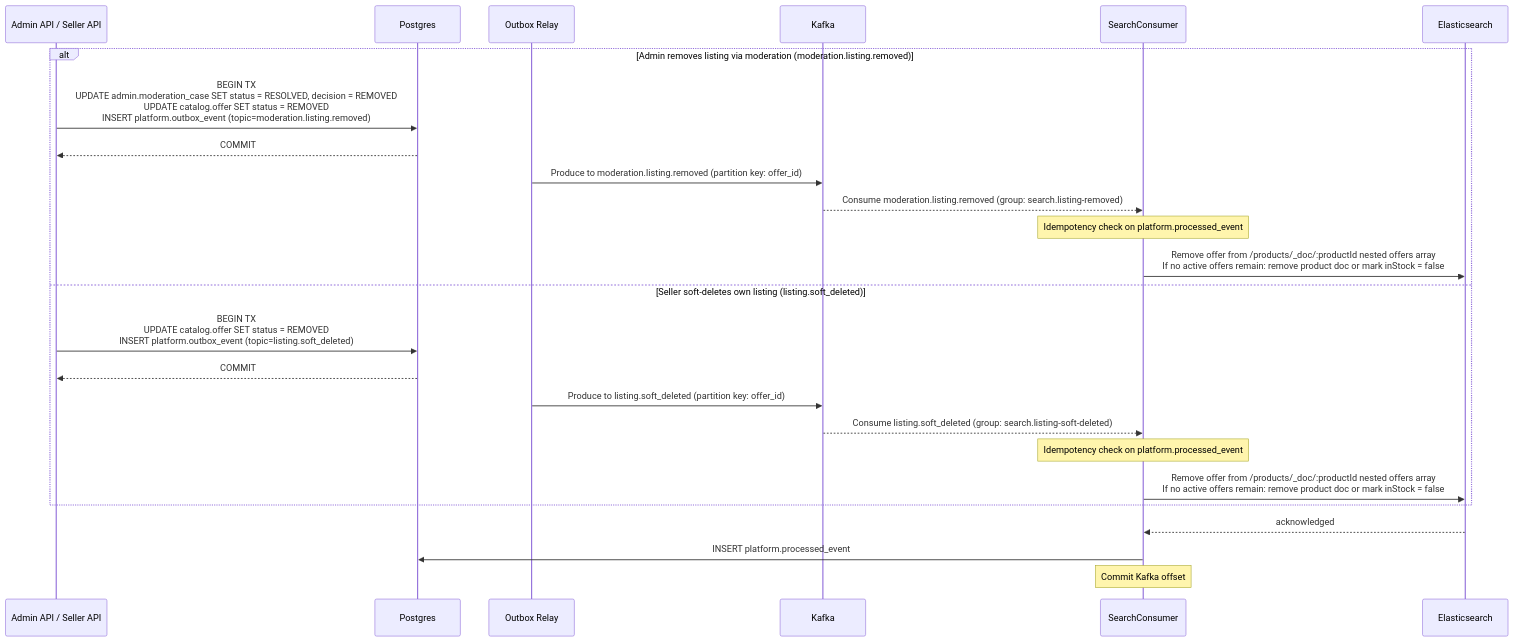
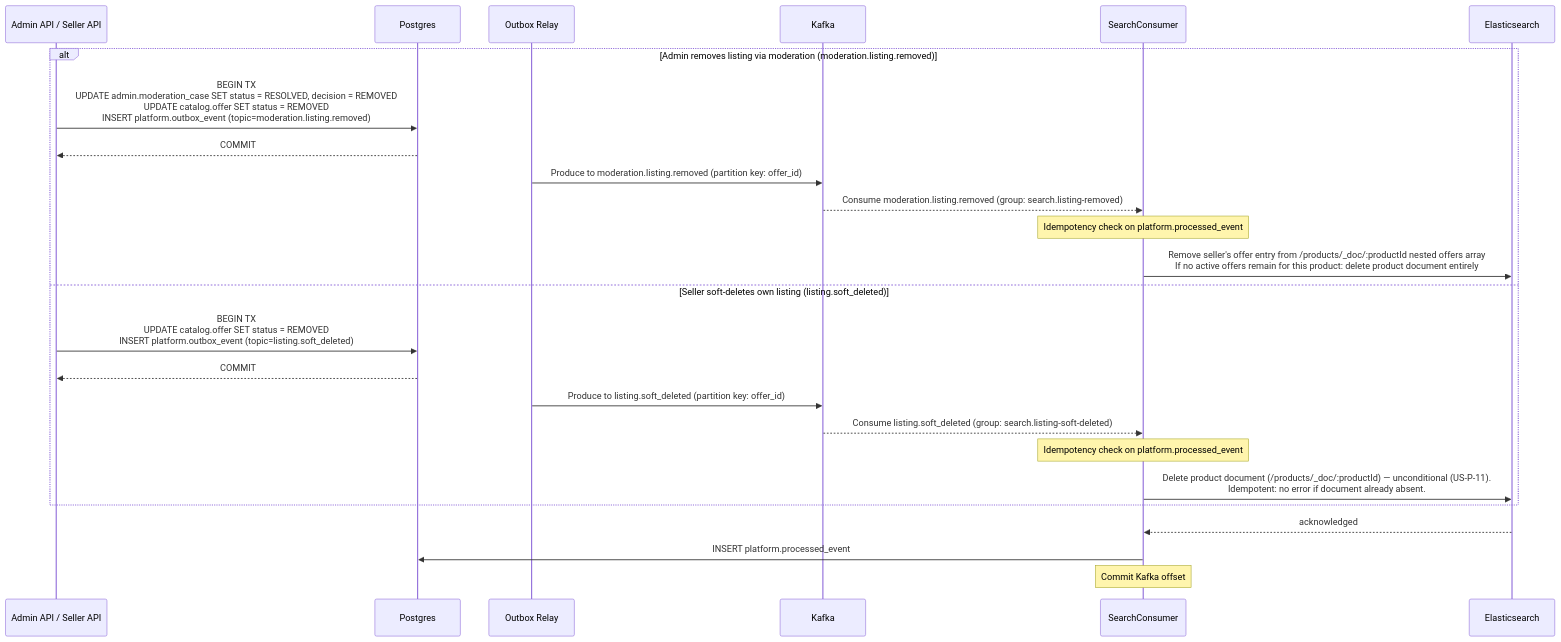
Before and after one commit to alisa-uthi/aliceut-ecom-document: the sixth of 7 diagrams in phase-1/technical-design/api-design/search.md, drawn with Mermaid. The commit also changed other lines of this file and 30 other files, not shown here.

````diff
--- a/phase-1/technical-design/api-design/search.md
+++ b/phase-1/technical-design/api-design/search.md
@@ -285,28 +285,28 @@
 ```mermaid
 sequenceDiagram
     participant Source as Admin API / Seller API
     participant Postgres
     participant Relay as Outbox Relay
     participant Kafka
     participant Consumer as SearchConsumer
     participant ES as Elasticsearch
 
     alt Admin removes listing via moderation (moderation.listing.removed)
         Source->>Postgres: BEGIN TX<br/>UPDATE admin.moderation_case SET status = RESOLVED, decision = REMOVED<br/>UPDATE catalog.offer SET status = REMOVED<br/>INSERT platform.outbox_event (topic=moderation.listing.removed)
         Postgres-->>Source: COMMIT
         Relay->>Kafka: Produce to moderation.listing.removed (partition key: offer_id)
         Kafka-->>Consumer: Consume moderation.listing.removed (group: search.listing-removed)
         Note over Consumer: Idempotency check on platform.processed_event
-        Consumer->>ES: Remove offer from /products/_doc/:productId nested offers array<br/>If no active offers remain: remove product doc or mark inStock = false
+        Consumer->>ES: Remove seller's offer entry from /products/_doc/:productId nested offers array<br/>If no active offers remain for this product: delete product document entirely
     else Seller soft-deletes own listing (listing.soft_deleted)
         Source->>Postgres: BEGIN TX<br/>UPDATE catalog.offer SET status = REMOVED<br/>INSERT platform.outbox_event (topic=listing.soft_deleted)
         Postgres-->>Source: COMMIT
         Relay->>Kafka: Produce to listing.soft_deleted (partition key: offer_id)
         Kafka-->>Consumer: Consume listing.soft_deleted (group: search.listing-soft-deleted)
         Note over Consumer: Idempotency check on platform.processed_event
-        Consumer->>ES: Remove offer from /products/_doc/:productId nested offers array<br/>If no active offers remain: remove product doc or mark inStock = false
+        Consumer->>ES: Delete product document (/products/_doc/:productId) — unconditional (US-P-11).<br/>Idempotent: no error if document already absent.
     end
     ES-->>Consumer: acknowledged
     Consumer->>Postgres: INSERT platform.processed_event
     Note over Consumer: Commit Kafka offset
 ```
````
